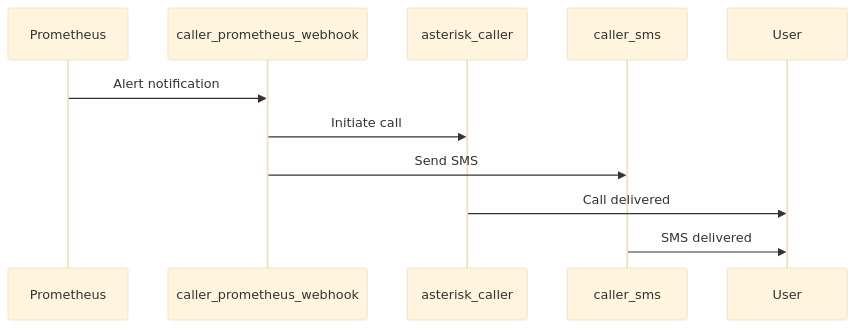
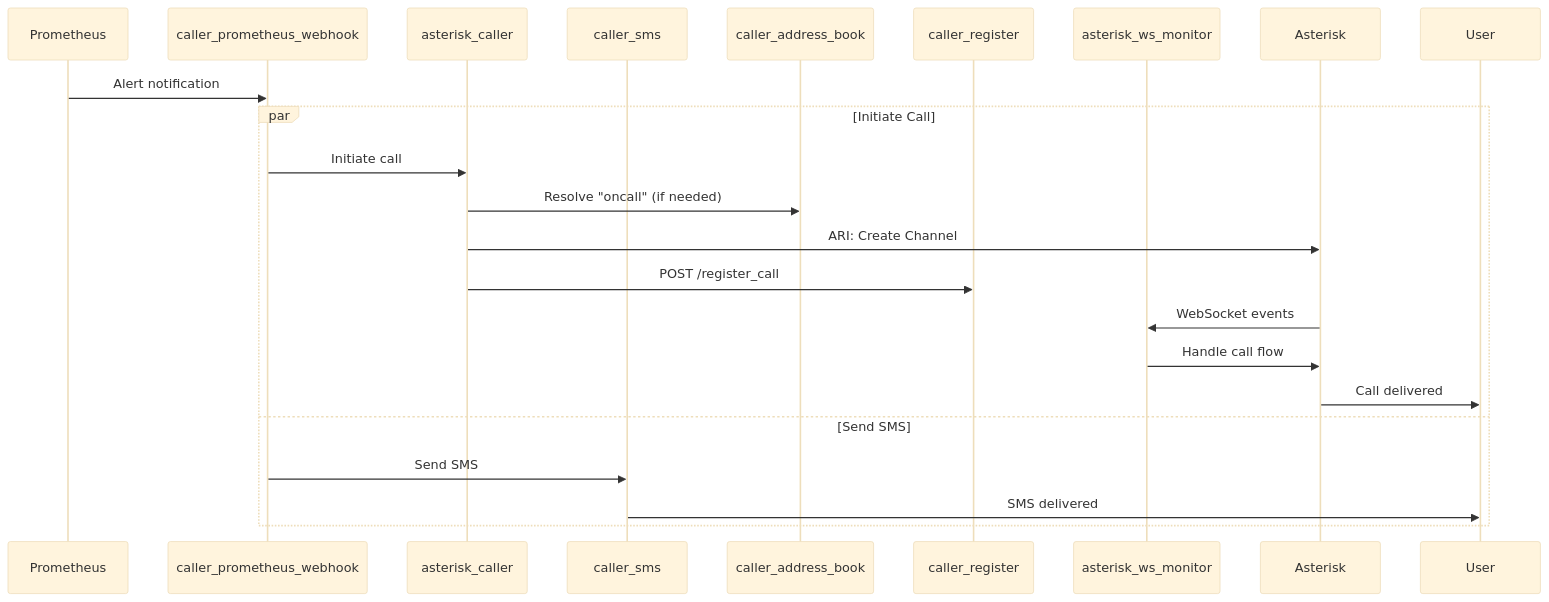
Before and after one commit to jcfdeb/py-phone-caller: diagram 21 of 21 in docs/py-phone-caller_2025.05.md, drawn with Mermaid (base theme). The commit also changed other lines of this file and 217 other files, not shown here.

````diff
--- a/docs/py-phone-caller_2025.05.md
+++ b/docs/py-phone-caller_2025.05.md
@@ -720,14 +828,26 @@
 ```mermaid
 sequenceDiagram
     participant Prometheus
     participant PW as caller_prometheus_webhook
     participant AC as asterisk_caller
     participant SMS as caller_sms
+    participant CAB as caller_address_book
+    participant CR as caller_register
+    participant WSM as asterisk_ws_monitor
+    participant Asterisk
     participant User
 
     Prometheus->>PW: Alert notification
-    PW->>AC: Initiate call
-    PW->>SMS: Send SMS
-    AC->>User: Call delivered
-    SMS->>User: SMS delivered
+    par Initiate Call
+        PW->>AC: Initiate call
+        AC->>CAB: Resolve "oncall" (if needed)
+        AC->>Asterisk: ARI: Create Channel
+        AC->>CR: POST /register_call
+        Asterisk->>WSM: WebSocket events
+        WSM->>Asterisk: Handle call flow
+        Asterisk->>User: Call delivered
+    and Send SMS
+        PW->>SMS: Send SMS
+        SMS->>User: SMS delivered
+    end
 ```
````
